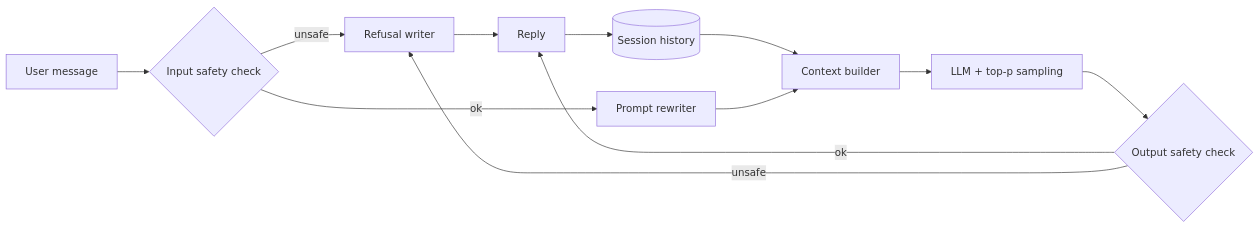
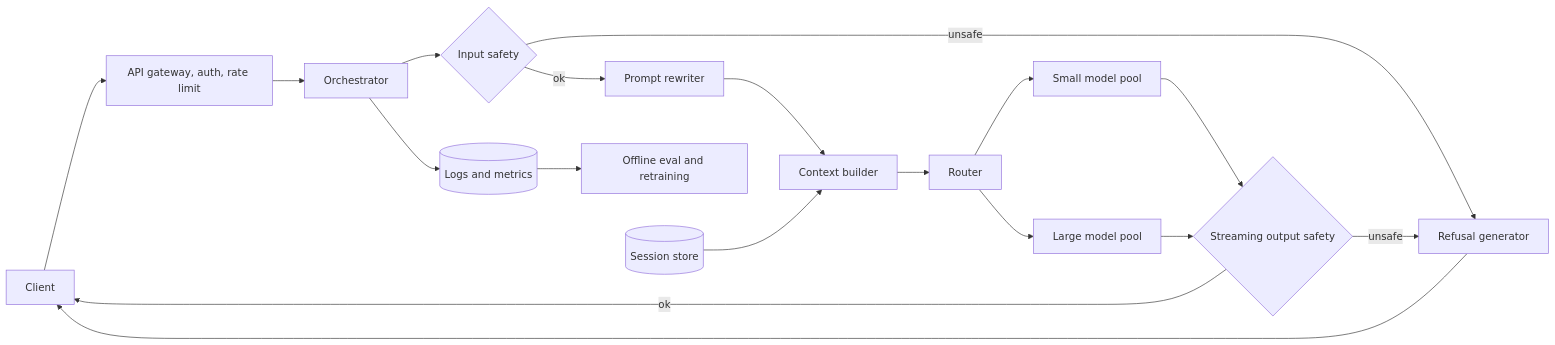
One commit to johklo/johklo.github.io changed the fourth of 5 diagrams in content/docs/tech/generative-ai-system-design-interview/04-chatgpt-personal-assistant-chatbot.md. Above: the diagram before and after it, drawn with Mermaid. The commit also changed other lines of this file and 10 other files, not shown here.

````diff
--- a/content/docs/tech/generative-ai-system-design-interview/04-chatgpt-personal-assistant-chatbot.md
+++ b/content/docs/tech/generative-ai-system-design-interview/04-chatgpt-personal-assistant-chatbot.md
@@ -57,16 +294,22 @@
 ```mermaid
 flowchart LR
-    accTitle: Chatbot inference pipeline
-    accDescr: A user message passes an input safety check. Unsafe input goes to a refusal writer. Safe input is rewritten, merged with session history and sent to the LLM with top-p sampling. The draft passes an output safety check before reaching the user, otherwise the refusal writer replies. Each exchange is saved to session history.
-    U[User message] --> IN{Input safety check}
-    IN -- unsafe --> REF[Refusal writer]
-    IN -- ok --> RW[Prompt rewriter]
-    H[(Session history)] --> CTX[Context builder]
-    RW --> CTX
-    CTX --> GEN[LLM + top-p sampling]
-    GEN --> OUT{Output safety check}
-    OUT -- ok --> R[Reply]
-    OUT -- unsafe --> REF
-    REF --> R
-    R --> H
+    accTitle: Chatbot serving architecture
+    accDescr: Clients connect through an API gateway with auth and rate limits. An orchestrator runs an input safety classifier, a prompt rewriter and a context builder that reads the session store. A router chooses a small or large model pool on GPU inference servers with continuous batching and KV cache. Streamed tokens pass a streaming output safety check before reaching the client. Unsafe input or output goes to a refusal generator. Logs flow to monitoring and to an offline data store used for evaluation and retraining.
+    CL[Client] --> GW[API gateway, auth, rate limit]
+    GW --> OR[Orchestrator]
+    OR --> IS{Input safety}
+    IS -->|unsafe| RF[Refusal generator]
+    IS -->|ok| RW[Prompt rewriter]
+    RW --> CB[Context builder]
+    SS[(Session store)] --> CB
+    CB --> RT[Router]
+    RT --> SMALL[Small model pool]
+    RT --> LARGE[Large model pool]
+    SMALL --> OS{Streaming output safety}
+    LARGE --> OS
+    OS -->|ok| CL
+    OS -->|unsafe| RF
+    RF --> CL
+    OR --> LOG[(Logs and metrics)]
+    LOG --> OFF[Offline eval and retraining]
 ```
````
